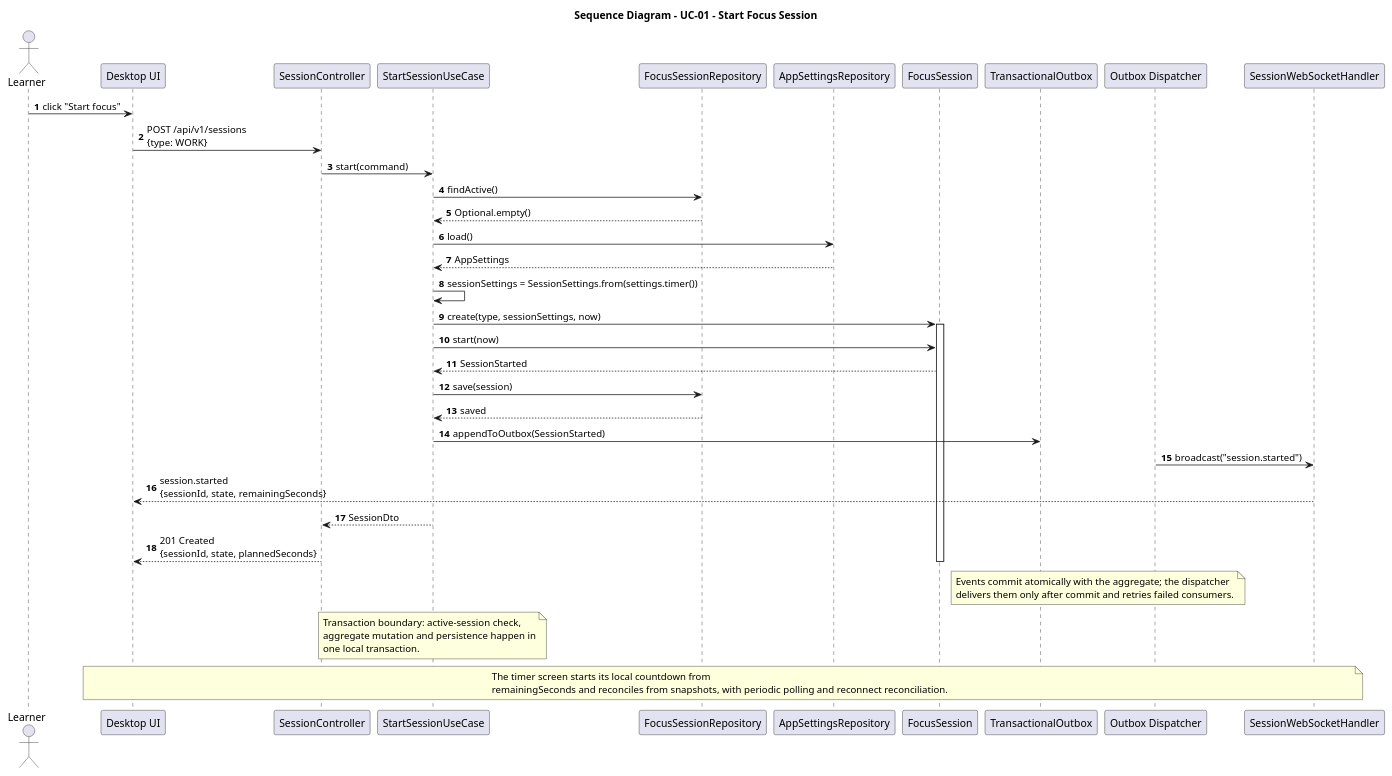
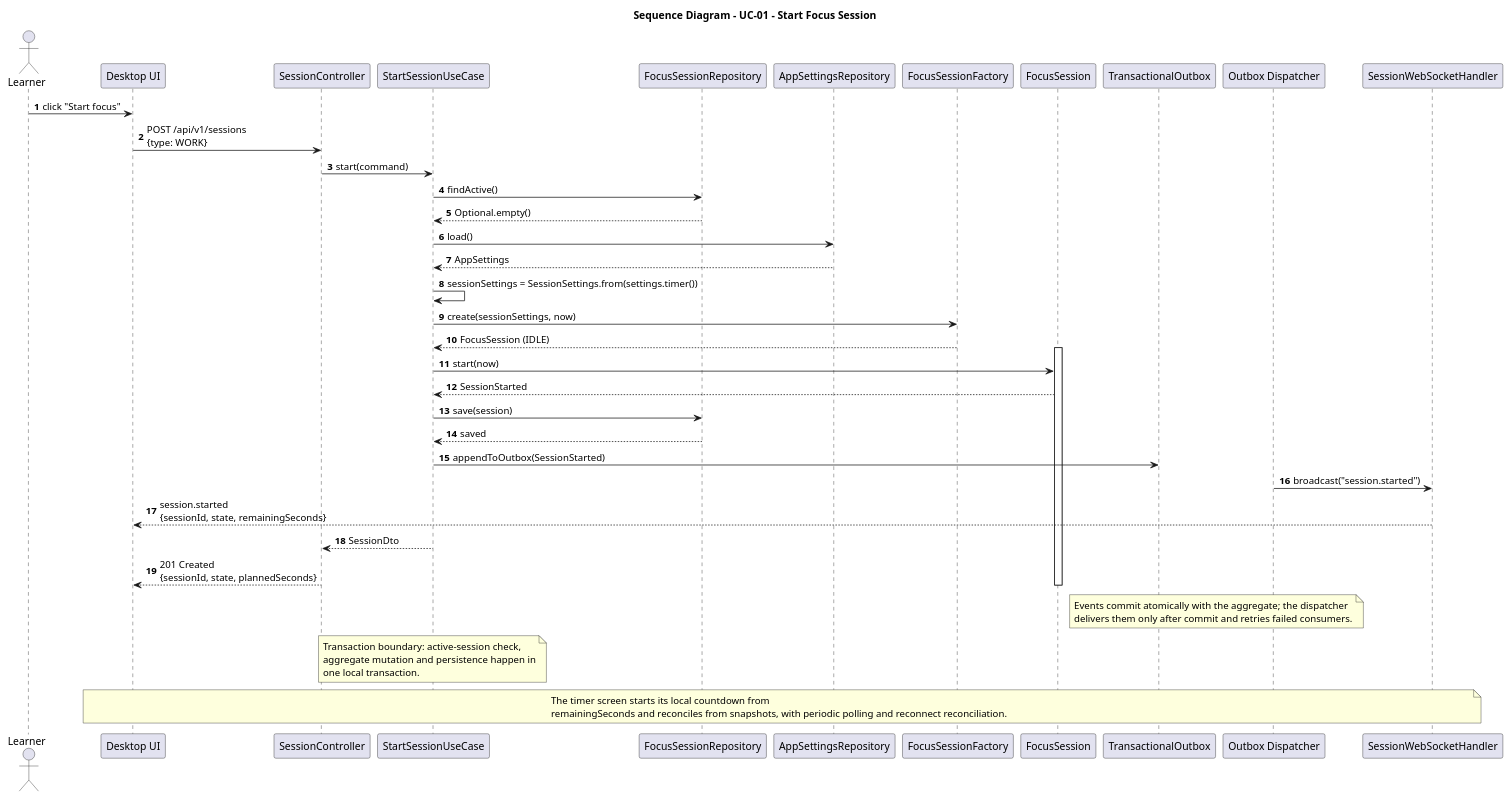
The diagram in docs/SD/SD_StartSession.puml (MiguelRibeiro1210/Focus-and-Study-Tracking), drawn with PlantUML before and after one commit. The commit also changed 10 other files, not shown here.

```diff
--- a/docs/SD/SD_StartSession.puml
+++ b/docs/SD/SD_StartSession.puml
@@ -1,54 +1,56 @@
 @startuml
 title Sequence Diagram - UC-01 - Start Focus Session
 
 autonumber
 actor Learner
 participant "Desktop UI" as UI
 participant "SessionController" as Controller
 participant "StartSessionUseCase" as UseCase
 participant "FocusSessionRepository" as SessionRepo
 participant "AppSettingsRepository" as SettingsRepo
+participant "FocusSessionFactory" as Factory
 participant "FocusSession" as Session
 participant "TransactionalOutbox" as Events
 participant "Outbox Dispatcher" as Dispatcher
 participant "SessionWebSocketHandler" as WS
 
 Learner -> UI : click "Start focus"
 UI -> Controller : POST /api/v1/sessions\n{type: WORK}
 Controller -> UseCase : start(command)
 UseCase -> SessionRepo : findActive()
 SessionRepo --> UseCase : Optional.empty()
 
 UseCase -> SettingsRepo : load()
 SettingsRepo --> UseCase : AppSettings
 UseCase -> UseCase : sessionSettings = SessionSettings.from(settings.timer())
-UseCase -> Session : create(type, sessionSettings, now)
+UseCase -> Factory : create(sessionSettings, now)
+Factory --> UseCase : FocusSession (IDLE)
 activate Session
 UseCase -> Session : start(now)
 Session --> UseCase : SessionStarted
 UseCase -> SessionRepo : save(session)
 SessionRepo --> UseCase : saved
 UseCase -> Events : appendToOutbox(SessionStarted)
 Dispatcher -> WS : broadcast("session.started")
 WS --> UI : session.started\n{sessionId, state, remainingSeconds}
 UseCase --> Controller : SessionDto
 Controller --> UI : 201 Created\n{sessionId, state, plannedSeconds}
 deactivate Session
 
 note over Events, Dispatcher
   Events commit atomically with the aggregate; the dispatcher
   delivers them only after commit and retries failed consumers.
 end note
 
 note over UseCase
   Transaction boundary: active-session check,
   aggregate mutation and persistence happen in
   one local transaction.
 end note
 
 note over UI, WS
   The timer screen starts its local countdown from
   remainingSeconds and reconciles from snapshots, with periodic polling and reconnect reconciliation.
 end note
 
 @enduml
```
